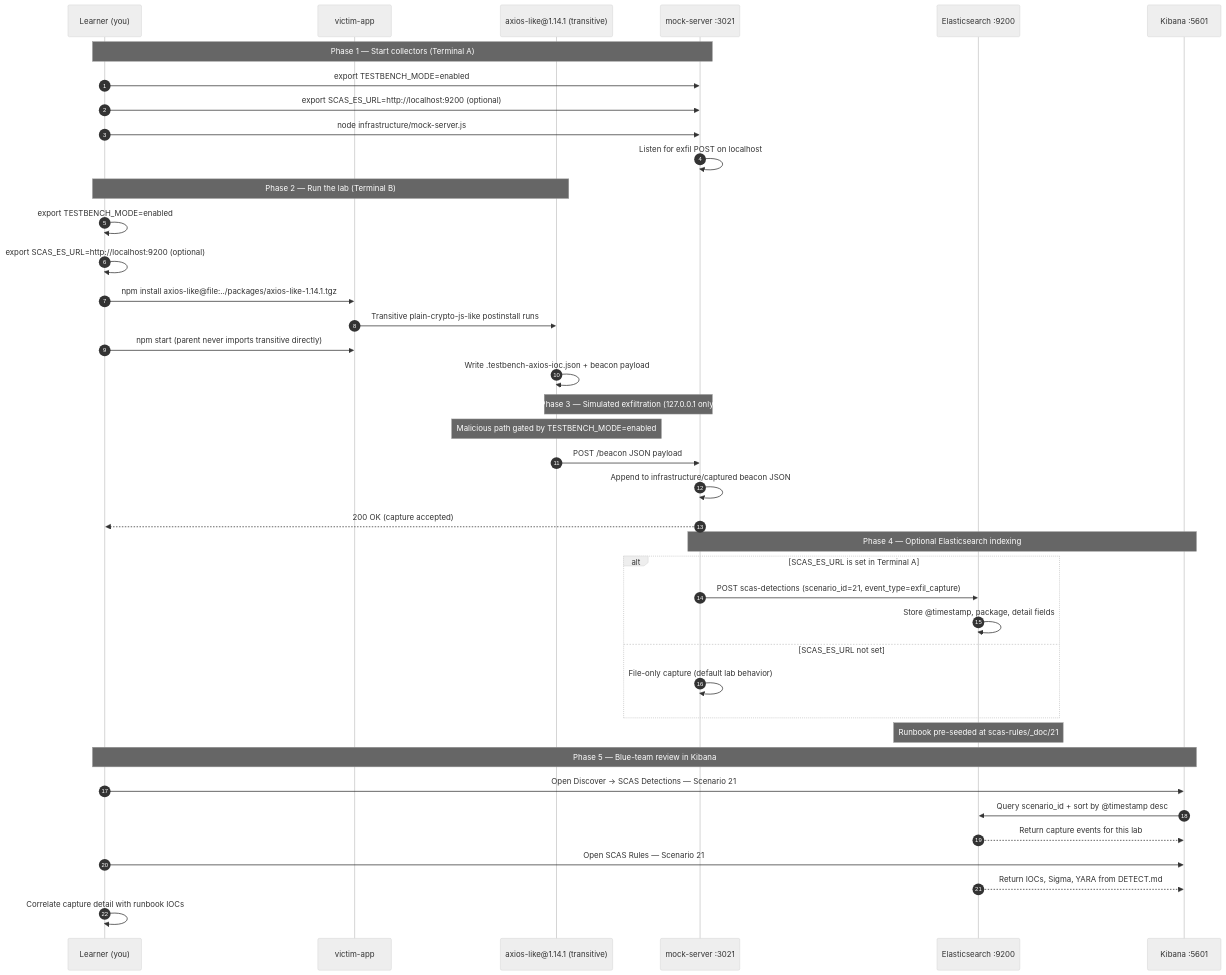
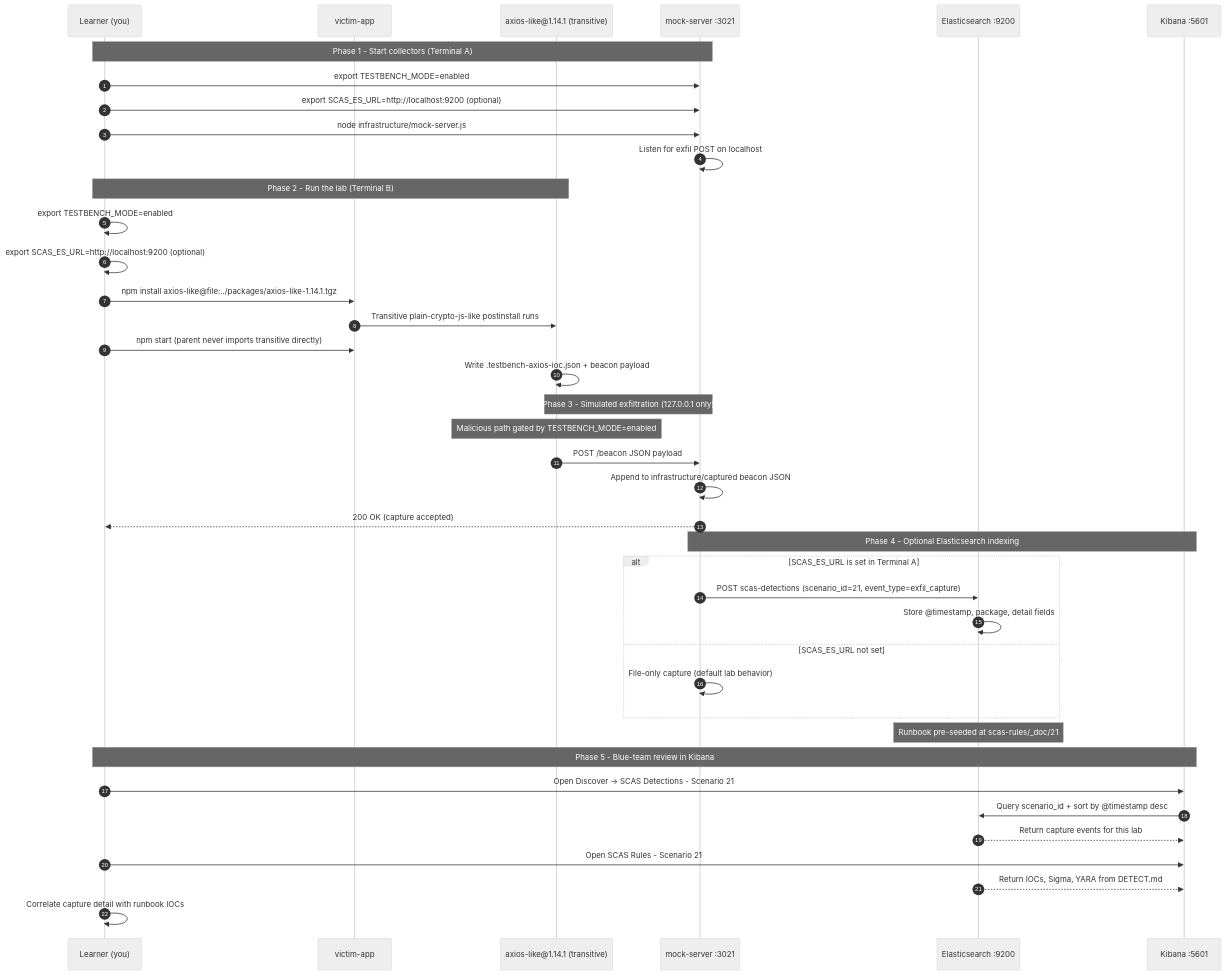
The diagram in documentation/scenario-guides/zero-to-hero/ZERO_TO_HERO_SCENARIO_21.md (RAJANAGORI/testbench), drawn with Mermaid (neutral theme) before and after one commit. The commit also changed other lines of this file and 66 other files, not shown here.

````diff
--- a/documentation/scenario-guides/zero-to-hero/ZERO_TO_HERO_SCENARIO_21.md
+++ b/documentation/scenario-guides/zero-to-hero/ZERO_TO_HERO_SCENARIO_21.md
@@ -624,47 +624,47 @@
 ```mermaid
 sequenceDiagram
     autonumber
     participant Learner as Learner (you)
     participant Victim as victim-app
     participant MalPkg as axios-like@1.14.1 (transitive)
     participant Mock as mock-server :3021
     participant ES as Elasticsearch :9200
     participant Kibana as Kibana :5601
 
-    Note over Learner,Mock: Phase 1 — Start collectors (Terminal A)
+    Note over Learner,Mock: Phase 1 - Start collectors (Terminal A)
     Learner->>Mock: export TESTBENCH_MODE=enabled
     Learner->>Mock: export SCAS_ES_URL=http://localhost:9200 (optional)
     Learner->>Mock: node infrastructure/mock-server.js
     Mock->>Mock: Listen for exfil POST on localhost
 
-    Note over Learner,MalPkg: Phase 2 — Run the lab (Terminal B)
+    Note over Learner,MalPkg: Phase 2 - Run the lab (Terminal B)
     Learner->>Learner: export TESTBENCH_MODE=enabled
     Learner->>Learner: export SCAS_ES_URL=http://localhost:9200 (optional)
     Learner->>Victim: npm install axios-like@file:../packages/axios-like-1.14.1.tgz
     Victim->>MalPkg: Transitive plain-crypto-js-like postinstall runs
     Learner->>Victim: npm start (parent never imports transitive directly)
     MalPkg->>MalPkg: Write .testbench-axios-ioc.json + beacon payload
 
-    Note over MalPkg,Mock: Phase 3 — Simulated exfiltration (127.0.0.1 only)
+    Note over MalPkg,Mock: Phase 3 - Simulated exfiltration (127.0.0.1 only)
     Note over MalPkg: Malicious path gated by TESTBENCH_MODE=enabled
     MalPkg->>Mock: POST /beacon JSON payload
     Mock->>Mock: Append to infrastructure/captured beacon JSON
     Mock-->>Learner: 200 OK (capture accepted)
 
-    Note over Mock,Kibana: Phase 4 — Optional Elasticsearch indexing
+    Note over Mock,Kibana: Phase 4 - Optional Elasticsearch indexing
     alt SCAS_ES_URL is set in Terminal A
     Mock->>ES: POST scas-detections (scenario_id=21, event_type=exfil_capture)
     ES->>ES: Store @timestamp, package, detail fields
     else SCAS_ES_URL not set
     Mock->>Mock: File-only capture (default lab behavior)
     end
 
     Note over ES: Runbook pre-seeded at scas-rules/_doc/21
-    Note over Learner,Kibana: Phase 5 — Blue-team review in Kibana
-    Learner->>Kibana: Open Discover → SCAS Detections — Scenario 21
+    Note over Learner,Kibana: Phase 5 - Blue-team review in Kibana
+    Learner->>Kibana: Open Discover → SCAS Detections - Scenario 21
     Kibana->>ES: Query scenario_id + sort by @timestamp desc
     ES-->>Kibana: Return capture events for this lab
-    Learner->>Kibana: Open SCAS Rules — Scenario 21
+    Learner->>Kibana: Open SCAS Rules - Scenario 21
     ES-->>Kibana: Return IOCs, Sigma, YARA from DETECT.md
     Learner->>Learner: Correlate capture detail with runbook IOCs
 ```
````
